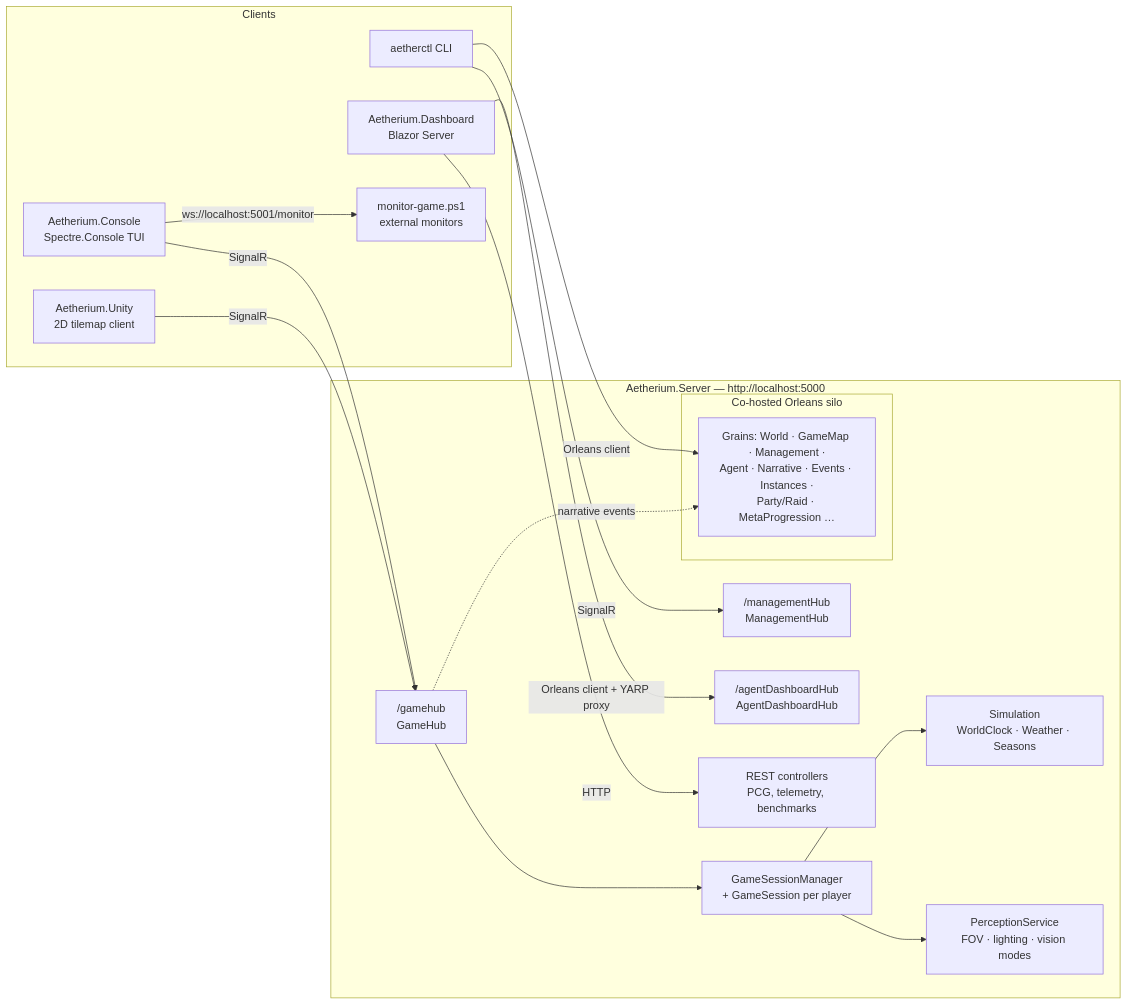
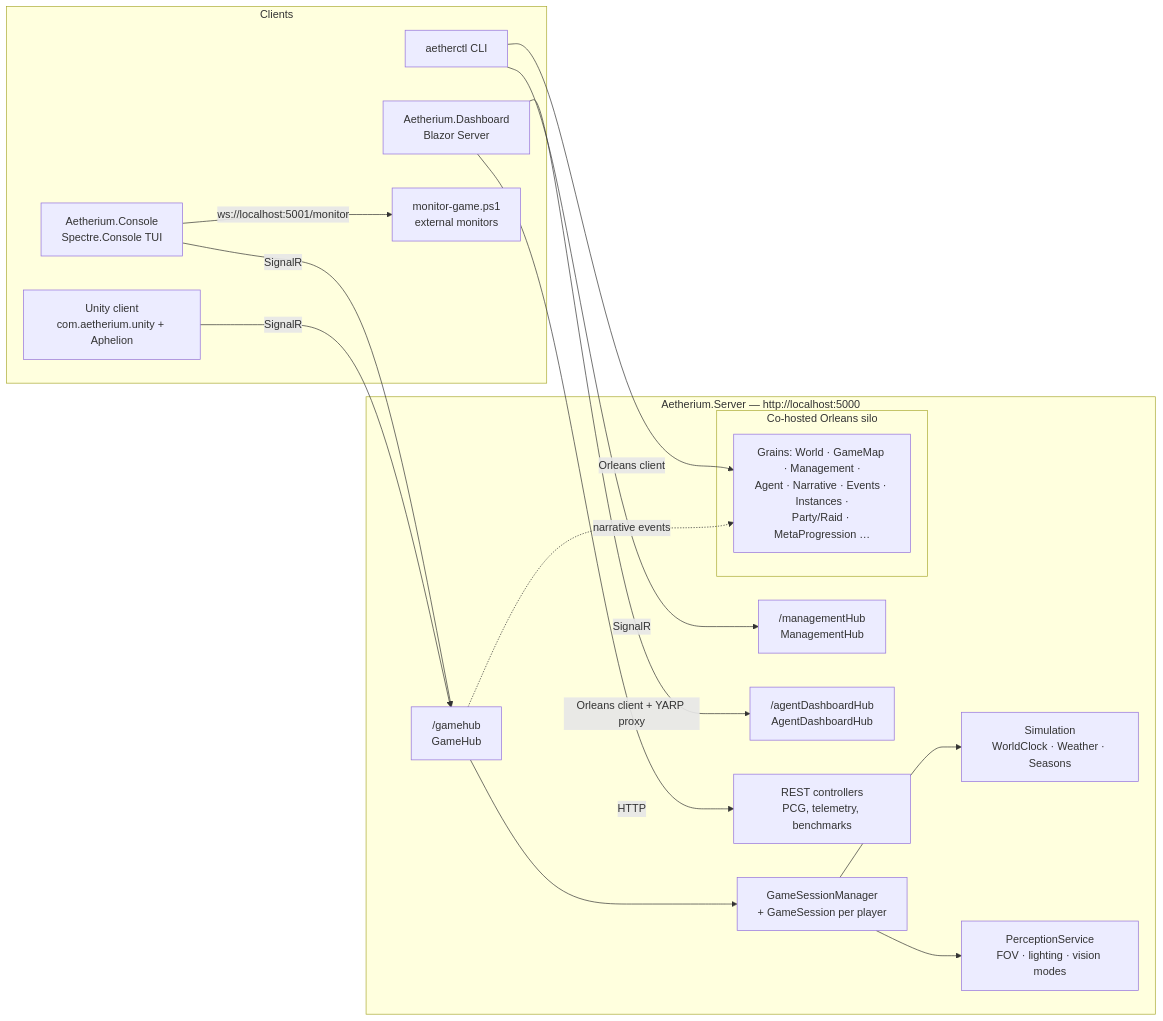
One commit to danvanderboom/Aetherium changed the diagram in docs/architecture/overview.md. Above: the diagram before and after it, drawn with Mermaid. The commit also changed other lines of this file and 10 other files, not shown here.

First line of the commit message:
docs: refresh README and architecture docs against develop's 82-commit gap

````diff
--- a/docs/architecture/overview.md
+++ b/docs/architecture/overview.md
@@ -9,35 +9,35 @@
 ```mermaid
 flowchart LR
     subgraph Clients
         CC[Aetherium.Console<br/>Spectre.Console TUI]
-        UC[Aetherium.Unity<br/>2D tilemap client]
+        UC[Unity client<br/>com.aetherium.unity + Aphelion]
         DB[Aetherium.Dashboard<br/>Blazor Server]
         CLI[aetherctl CLI]
         MON[monitor-game.ps1<br/>external monitors]
     end
 
     subgraph Server[Aetherium.Server — http://localhost:5000]
         GH["/gamehub<br/>GameHub"]
         MH["/managementHub<br/>ManagementHub"]
         AH["/agentDashboardHub<br/>AgentDashboardHub"]
         API[REST controllers<br/>PCG, telemetry, benchmarks]
         GSM[GameSessionManager<br/>+ GameSession per player]
         SIM[Simulation<br/>WorldClock · Weather · Seasons]
         PS[PerceptionService<br/>FOV · lighting · vision modes]
         subgraph Silo[Co-hosted Orleans silo]
             GRAINS[Grains: World · GameMap · Management ·<br/>Agent · Narrative · Events · Instances ·<br/>Party/Raid · MetaProgression …]
         end
     end
 
     CC -- SignalR --> GH
     UC -- SignalR --> GH
     CLI -- SignalR --> MH
     CLI -- Orleans client --> GRAINS
     DB -- Orleans client + YARP proxy --> AH
     DB -- HTTP --> API
     GH --> GSM
     GSM --> PS
     GSM --> SIM
     GH -. narrative events .-> GRAINS
     CC -- ws://localhost:5001/monitor --> MON
 ```
````
